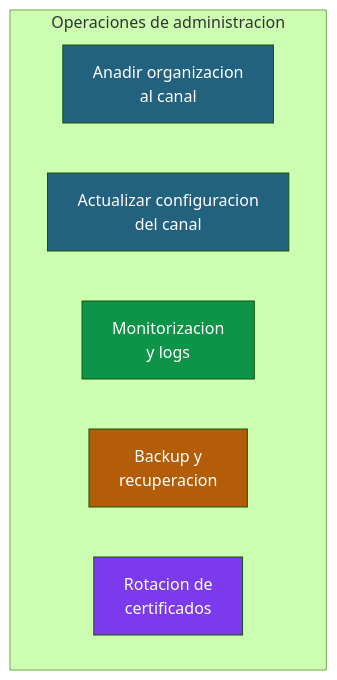
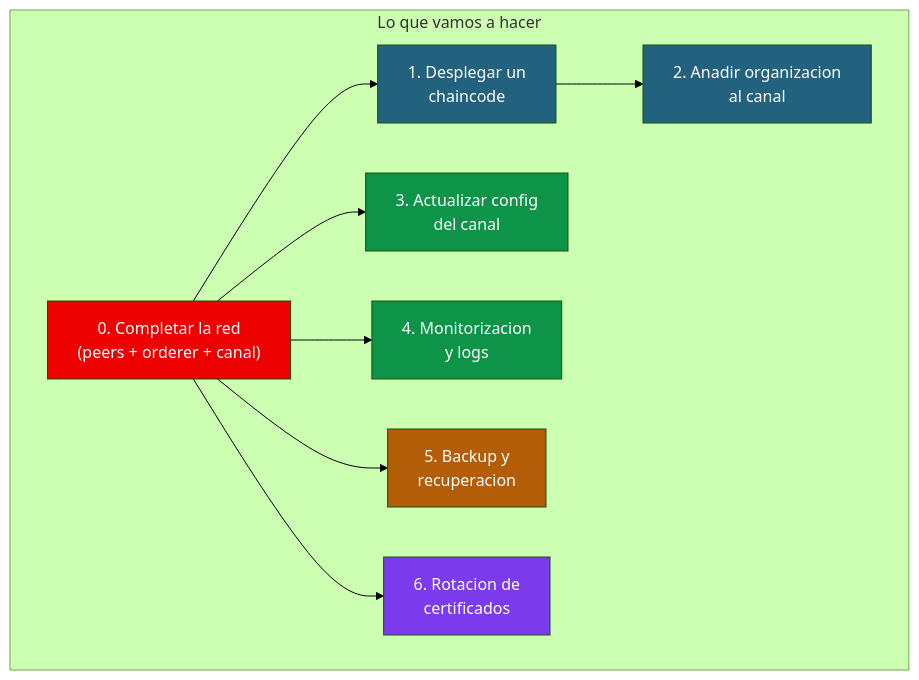
One commit to jjnieto/fabric changed the first of 7 diagrams in docs/06-operaciones-administracion.md. Above: the diagram before and after it, drawn with Mermaid (forest theme). The commit also changed other lines of this file, not shown here.

First line of the commit message:
Reescribir doc 06: conectar con red del doc 05, añadir despliegue chaincode

````diff
--- a/docs/06-operaciones-administracion.md
+++ b/docs/06-operaciones-administracion.md
@@ -7,16 +7,26 @@
 ```mermaid
 graph TB
-    subgraph "Operaciones de administracion"
-        A["Anadir organizacion<br/>al canal"]
-        B["Actualizar configuracion<br/>del canal"]
-        C["Monitorizacion<br/>y logs"]
-        D["Backup y<br/>recuperacion"]
-        E["Rotacion de<br/>certificados"]
+    subgraph "Lo que vamos a hacer"
+        A["0. Completar la red<br/>(peers + orderer + canal)"]
+        B["1. Desplegar un<br/>chaincode"]
+        C["2. Anadir organizacion<br/>al canal"]
+        D["3. Actualizar config<br/>del canal"]
+        E["4. Monitorizacion<br/>y logs"]
+        F["5. Backup y<br/>recuperacion"]
+        G["6. Rotacion de<br/>certificados"]
     end
 
-    style A fill:#22627E,color:#fff
+    A --> B --> C
+    A --> D
+    A --> E
+    A --> F
+    A --> G
+
+    style A fill:#EC0000,color:#fff
     style B fill:#22627E,color:#fff
-    style C fill:#0D9448,color:#fff
-    style D fill:#B45D09,color:#fff
-    style E fill:#7C3AED,color:#fff
+    style C fill:#22627E,color:#fff
+    style D fill:#0D9448,color:#fff
+    style E fill:#0D9448,color:#fff
+    style F fill:#B45D09,color:#fff
+    style G fill:#7C3AED,color:#fff
 ```
````
